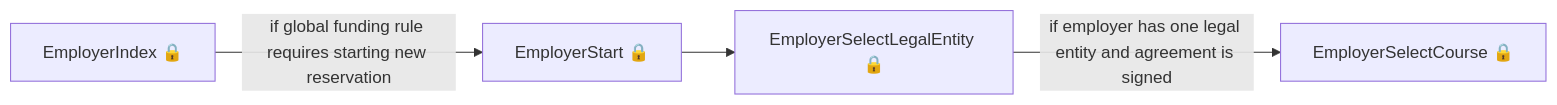
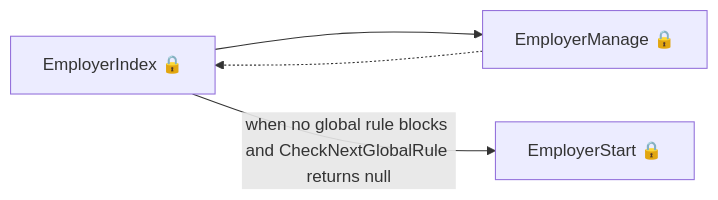
The first of 6 diagrams in das-reservations/user-journeys/user-journeys.md (talentconsulting/atlas-dfe), drawn with Mermaid before and after one commit. The commit also changed other lines of this file and 36 other files, not shown here.

````diff
--- a/das-reservations/user-journeys/user-journeys.md
+++ b/das-reservations/user-journeys/user-journeys.md
@@ -9,6 +11,6 @@
 ```mermaid
 flowchart LR
-  p0["EmployerIndex 🔒"] -->|"if global funding rule requires starting new reservation"| p1["EmployerStart 🔒"]
-  p1["EmployerStart 🔒"] --> p2["EmployerSelectLegalEntity 🔒"]
-  p2["EmployerSelectLegalEntity 🔒"] -->|"if employer has one legal entity and agreement is signed"| p3["EmployerSelectCourse 🔒"]
+  p0["EmployerIndex 🔒"] --> p1["EmployerManage 🔒"]
+  p1["EmployerManage 🔒"] -.-> p0["EmployerIndex 🔒"]
+  p0["EmployerIndex 🔒"] -->|"when no global rule blocks and CheckNextGlobalRule returns null"| p2["EmployerStart 🔒"]
 ```
````
